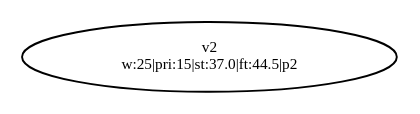
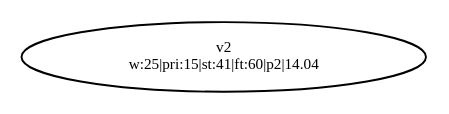
One commit to dexters1/Task-Scheduling-Based-on-Genetic-Algorithms changed the diagram in PythonApplication1/PythonApplication1/test-output/slika_1_Simplified.gv. Above: the diagram before and after it, drawn with Graphviz. The commit also changed 36 other files, not shown here.

```diff
--- a/PythonApplication1/PythonApplication1/test-output/slika_1_Simplified.gv
+++ b/PythonApplication1/PythonApplication1/test-output/slika_1_Simplified.gv
@@ -1,4 +1,4 @@
 digraph {
 	v2 [label="v2
-w:25|pri:15|st:37.0|ft:44.5|p2" fontsize=8.0]
+w:25|pri:15|st:41|ft:60|p2|14.04" fontsize=8.0]
 }
```
